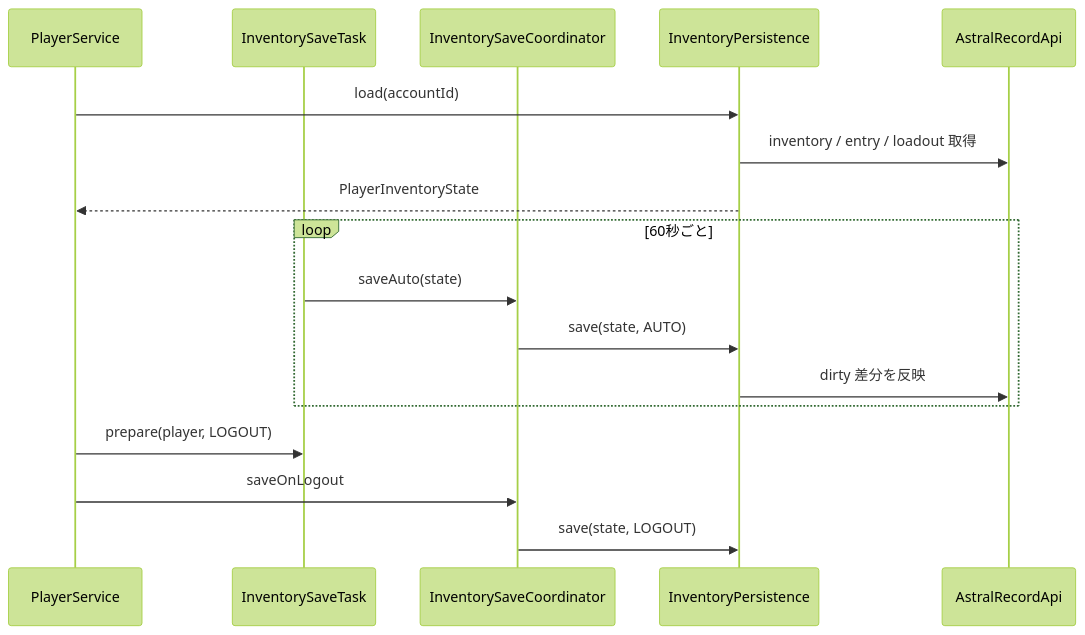
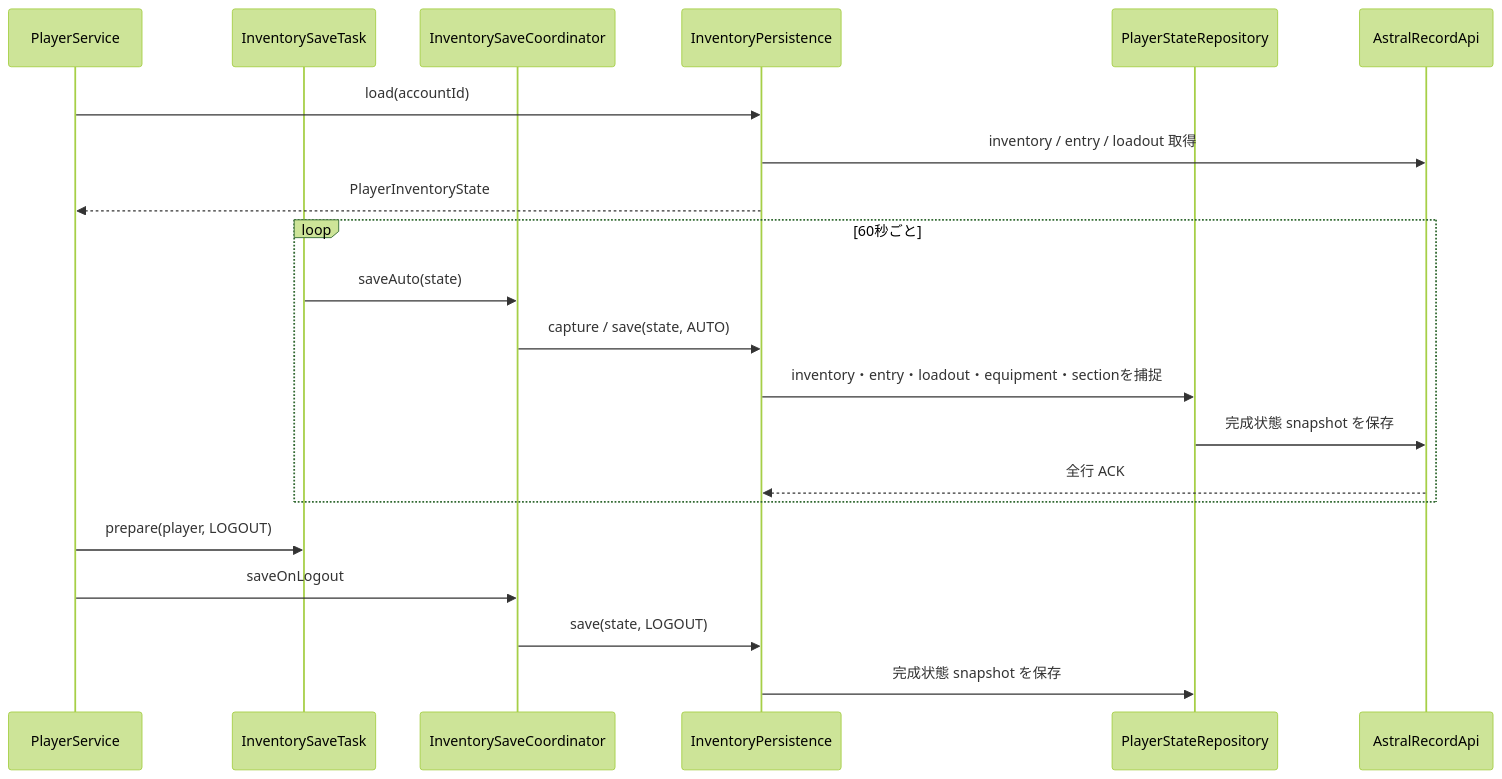
One commit to maaasu/AstralRecord-Workspace changed the third of 4 diagrams in 00_docs/10_Plugin設計書/feature/08-inventory/08_4-統合フロー.md. Above: the diagram before and after it, drawn with Mermaid (forest theme). The commit also changed other lines of this file and 213 other files, not shown here.

````diff
--- a/00_docs/10_Plugin設計書/feature/08-inventory/08_4-統合フロー.md
+++ b/00_docs/10_Plugin設計書/feature/08-inventory/08_4-統合フロー.md
@@ -72,20 +72,24 @@
 ```mermaid
 sequenceDiagram
     participant Player as PlayerService
     participant Task as InventorySaveTask
     participant Coordinator as InventorySaveCoordinator
     participant Persistence as InventoryPersistence
+    participant Snapshot as PlayerStateRepository
     participant API as AstralRecordApi
 
     Player->>Persistence: load(accountId)
     Persistence->>API: inventory / entry / loadout 取得
     Persistence-->>Player: PlayerInventoryState
     loop 60秒ごと
         Task->>Coordinator: saveAuto(state)
-        Coordinator->>Persistence: save(state, AUTO)
-        Persistence->>API: dirty 差分を反映
+        Coordinator->>Persistence: capture / save(state, AUTO)
+        Persistence->>Snapshot: inventory・entry・loadout・equipment・sectionを捕捉
+        Snapshot->>API: 完成状態 snapshot を保存
+        API-->>Persistence: 全行 ACK
     end
     Player->>Task: prepare(player, LOGOUT)
     Player->>Coordinator: saveOnLogout
     Coordinator->>Persistence: save(state, LOGOUT)
+    Persistence->>Snapshot: 完成状態 snapshot を保存
 ```
````
